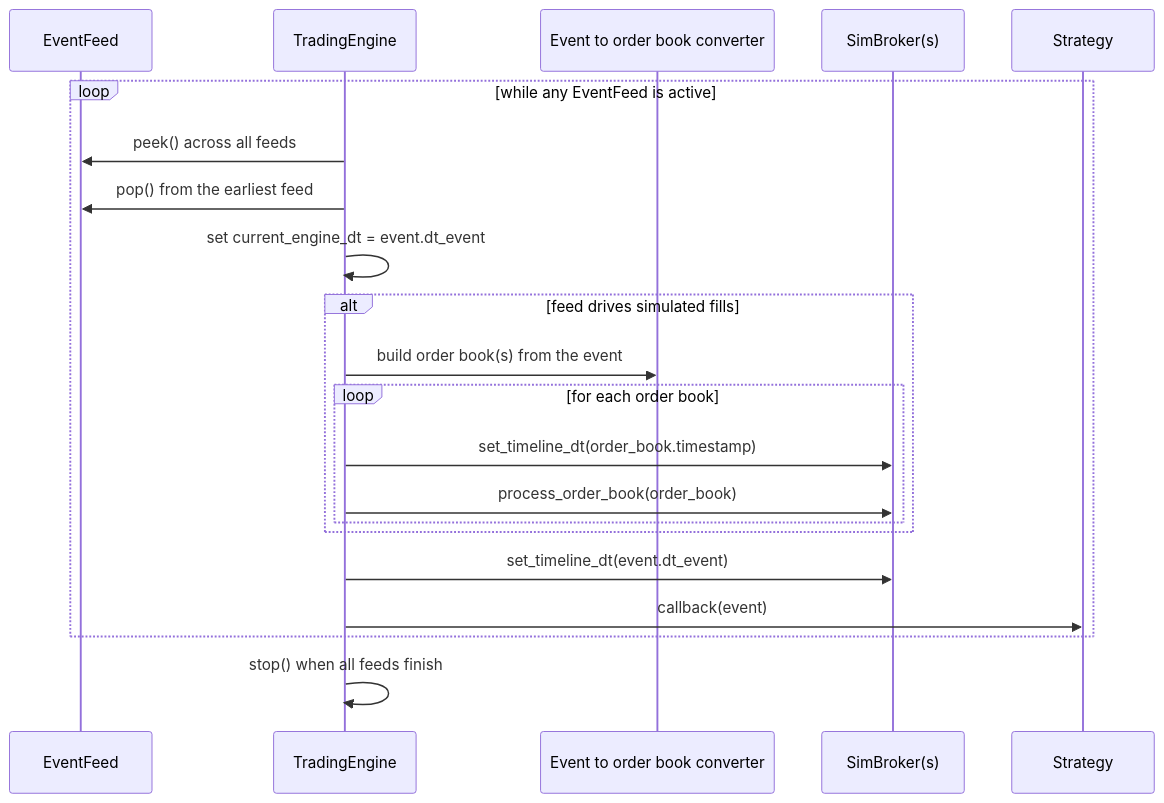
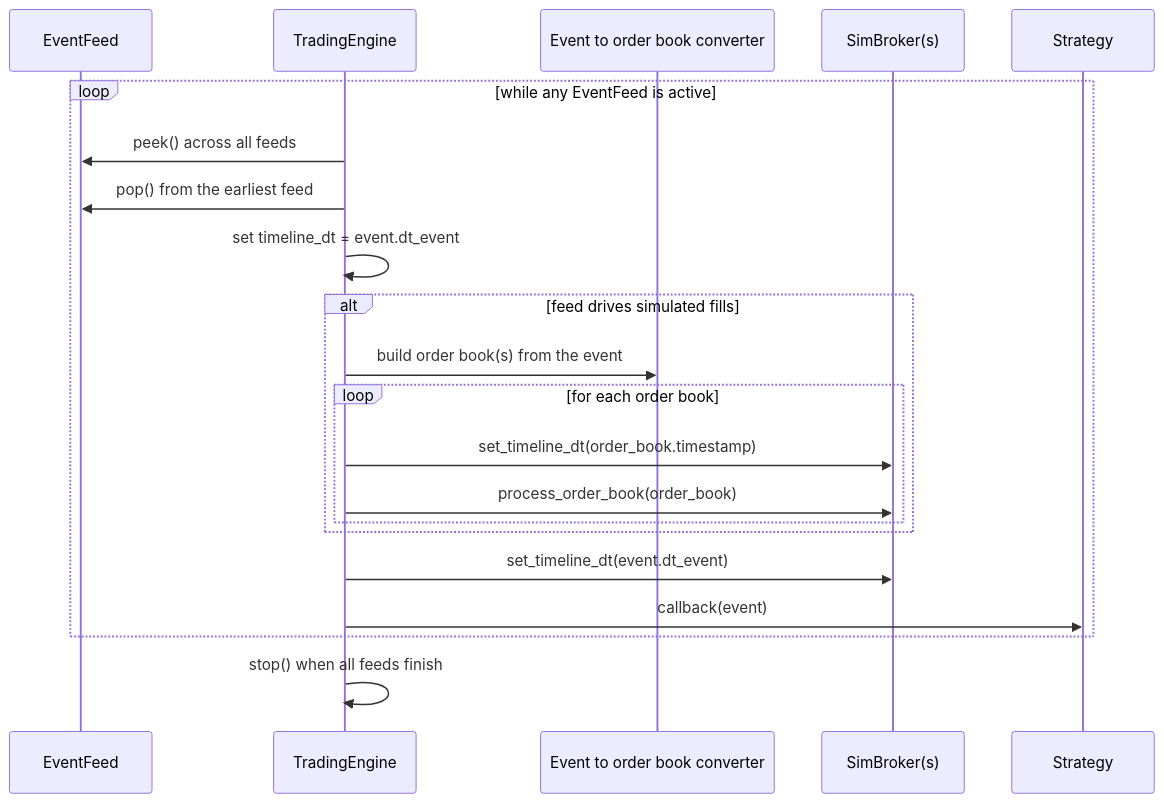
Before and after one commit to stefansimik/suite_trading: the second of 4 diagrams in README.md, drawn with Mermaid. The commit also changed 2 other files, not shown here.

Commit message:
Rename `_current_engine_dt` to `_timeline_dt` in TradingEngine
Align the internal engine time attribute with the `SimBroker` and
`SimulatedBroker` protocol naming. Update `README.md` sequence
diagrams and guidelines examples to reflect the change.

````diff
--- a/README.md
+++ b/README.md
@@ -318,27 +318,27 @@
 ```mermaid
 sequenceDiagram
     participant EF as EventFeed
     participant TE as TradingEngine
     participant C as Event to order book converter
     participant SB as SimBroker(s)
     participant S as Strategy
 
     loop while any EventFeed is active
         TE->>EF: peek() across all feeds
         TE->>EF: pop() from the earliest feed
-        TE->>TE: set current_engine_dt = event.dt_event
+        TE->>TE: set timeline_dt = event.dt_event
 
         alt feed drives simulated fills
             TE->>C: build order book(s) from the event
             loop for each order book
                 TE->>SB: set_timeline_dt(order_book.timestamp)
                 TE->>SB: process_order_book(order_book)
             end
         end
 
         TE->>SB: set_timeline_dt(event.dt_event)
         TE->>S: callback(event)
     end
 
     TE->>TE: stop() when all feeds finish
 ```
````
